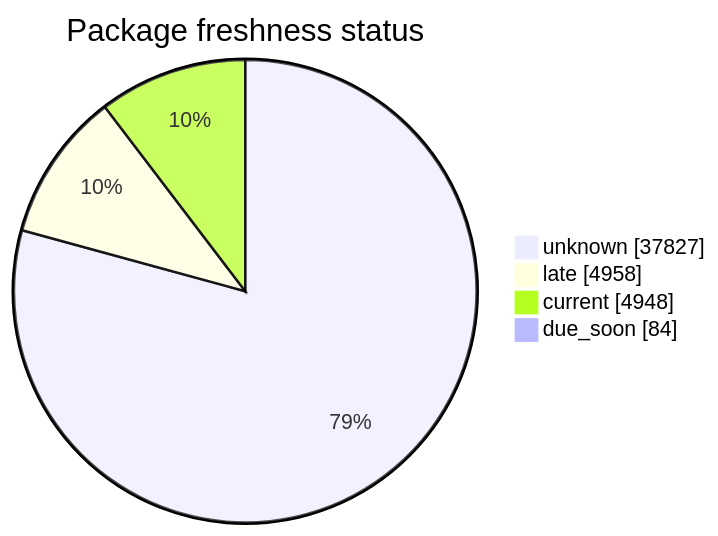
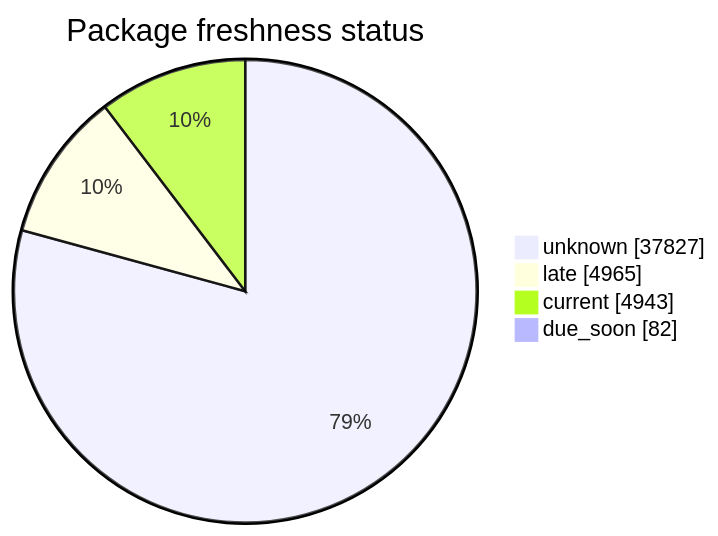
One commit to open-data/analytics-corporate-reporting changed the second of 5 diagrams in FreshCheck/README.md. Above: the diagram before and after it, drawn with Mermaid. The commit also changed other lines of this file and 3 other files, not shown here.

````diff
--- a/FreshCheck/README.md
+++ b/FreshCheck/README.md
@@ -68,7 +68,7 @@
 ```mermaid
 pie showData title Package freshness status
     "unknown": 37827
-    "late": 4958
-    "current": 4948
-    "due_soon": 84
+    "late": 4965
+    "current": 4943
+    "due_soon": 82
 ```
````
